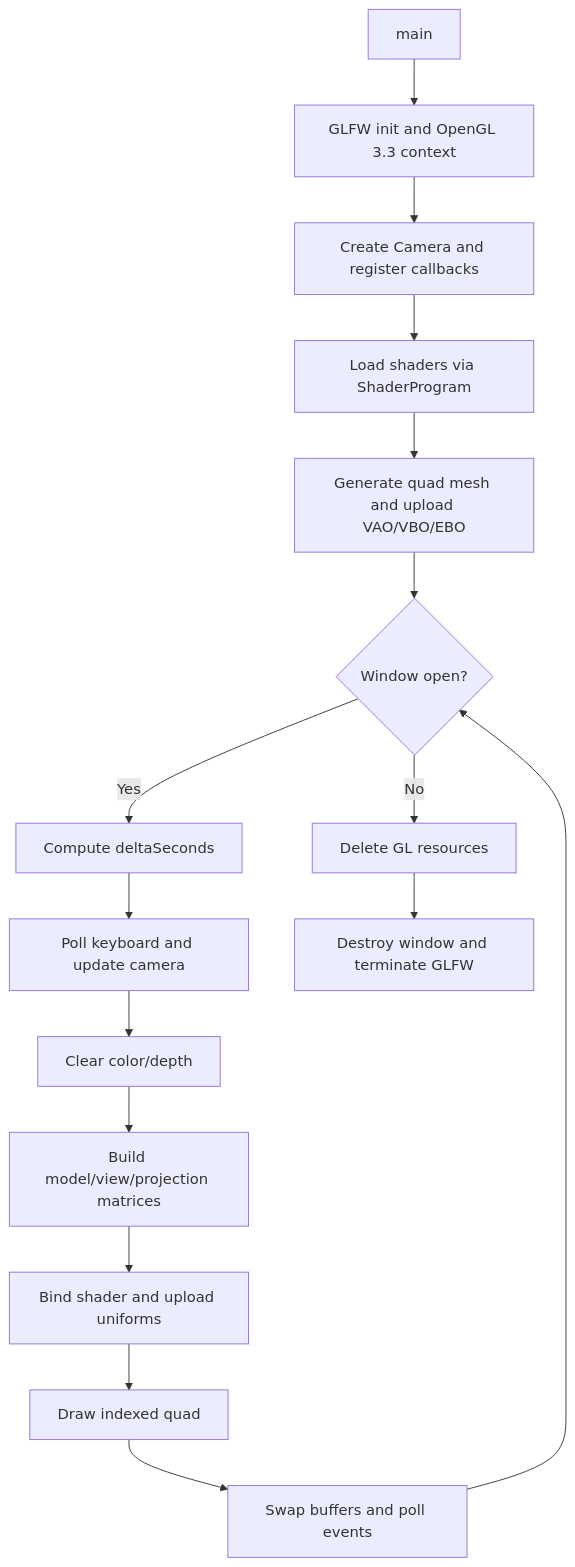
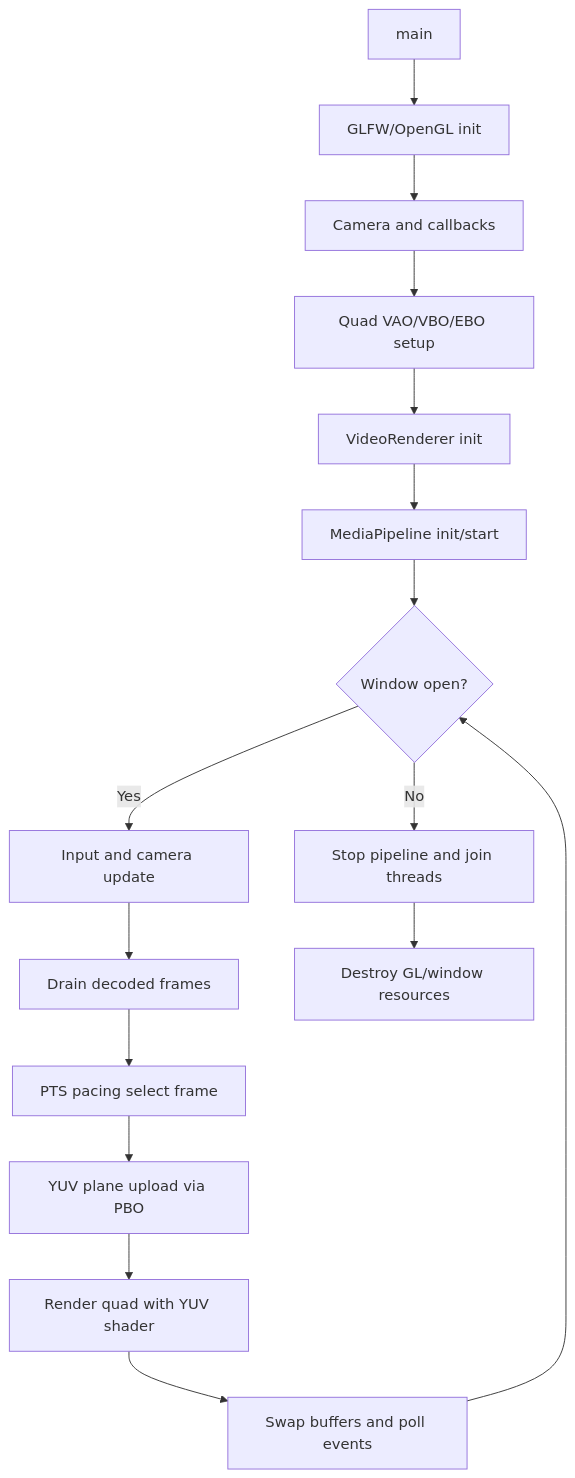
Before and after one commit to djshaji/spatial-video-player: the first of 2 diagrams in Implementation.md, drawn with Mermaid. The commit also changed other lines of this file and 1 other file, not shown here.

````diff
--- a/Implementation.md
+++ b/Implementation.md
@@ -257,18 +180,18 @@
 ```mermaid
 flowchart TD
-		A[main] --> B[GLFW init and OpenGL 3.3 context]
-		B --> C[Create Camera and register callbacks]
-		C --> D[Load shaders via ShaderProgram]
-		D --> E[Generate quad mesh and upload VAO/VBO/EBO]
-		E --> F{Window open?}
-		F -->|Yes| G[Compute deltaSeconds]
-		G --> H[Poll keyboard and update camera]
-		H --> I[Clear color/depth]
-		I --> J[Build model/view/projection matrices]
-		J --> K[Bind shader and upload uniforms]
-		K --> L[Draw indexed quad]
-		L --> M[Swap buffers and poll events]
-		M --> F
-		F -->|No| N[Delete GL resources]
-		N --> O[Destroy window and terminate GLFW]
+    A[main] --> B[GLFW/OpenGL init]
+    B --> C[Camera and callbacks]
+    C --> D[Quad VAO/VBO/EBO setup]
+    D --> E[VideoRenderer init]
+    E --> F[MediaPipeline init/start]
+    F --> G{Window open?}
+    G -->|Yes| H[Input and camera update]
+    H --> I[Drain decoded frames]
+    I --> J[PTS pacing select frame]
+    J --> K[YUV plane upload via PBO]
+    K --> L[Render quad with YUV shader]
+    L --> M[Swap buffers and poll events]
+    M --> G
+    G -->|No| N[Stop pipeline and join threads]
+    N --> O[Destroy GL/window resources]
 ```
````
